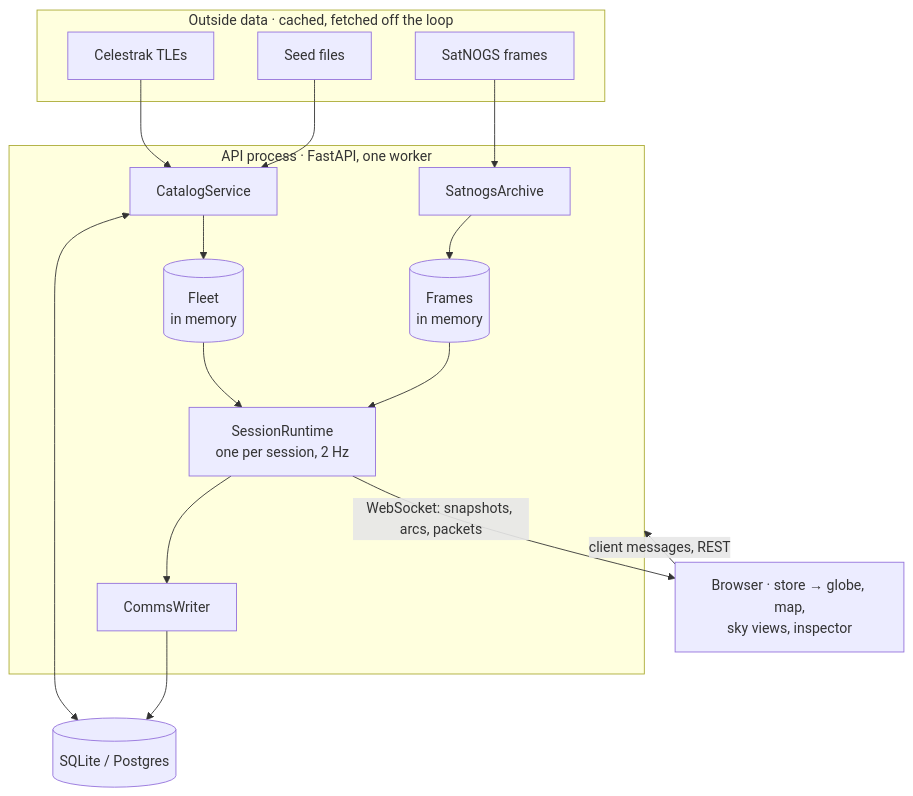
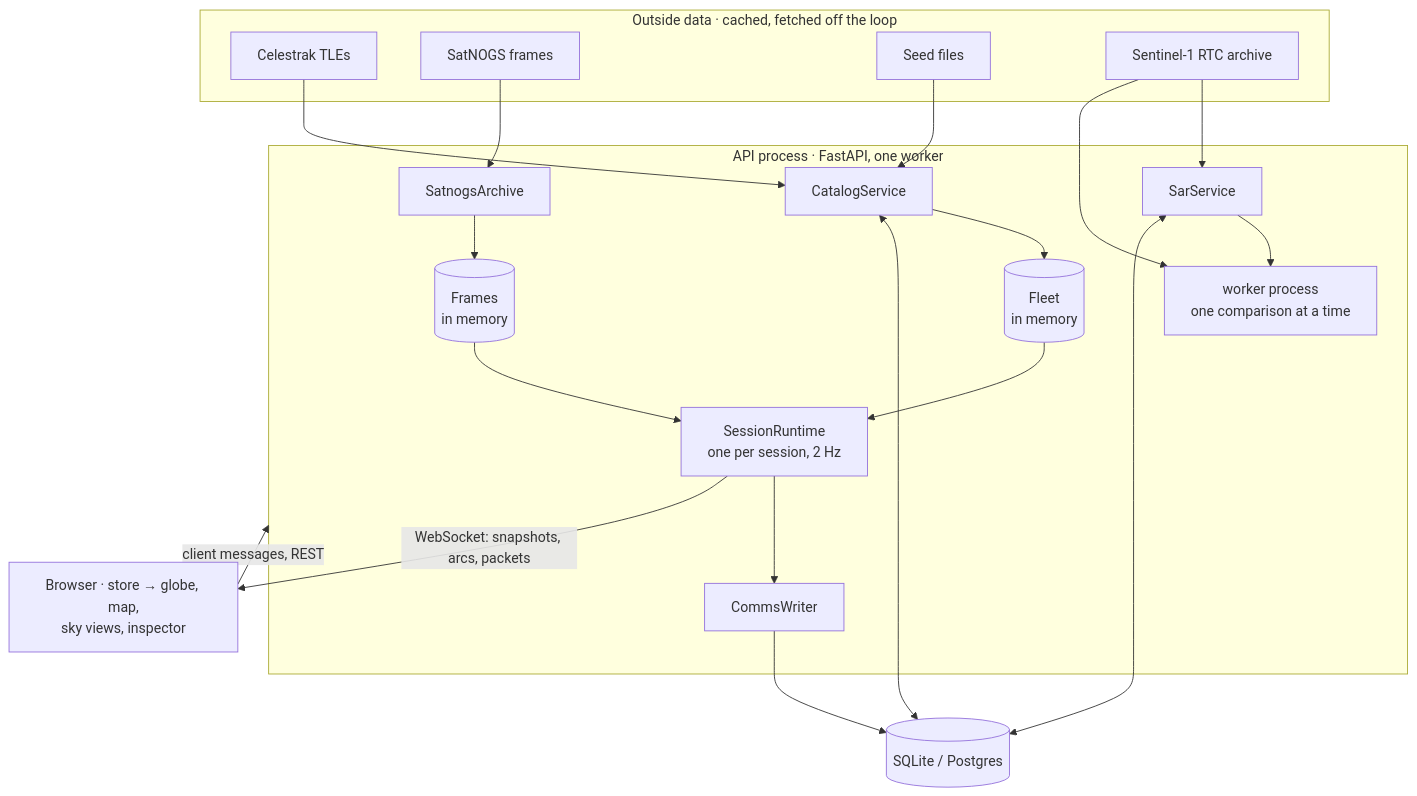
The diagram in docs/architecture/overview.md (darshit7/satlab), drawn with Mermaid before and after one commit. The commit also changed other lines of this file and 46 other files, not shown here.

Commit message:
feat: added SAR archive explorer support for sentinel-1 RTC

````diff
--- a/docs/architecture/overview.md
+++ b/docs/architecture/overview.md
@@ -10,24 +11,29 @@
 ```{mermaid}
 flowchart TB
   subgraph ext["Outside data · cached, fetched off the loop"]
     CT[Celestrak TLEs]
     SN[SatNOGS frames]
     SD[Seed files]
+    PC[Sentinel-1 RTC archive]
   end
   subgraph api["API process · FastAPI, one worker"]
     CS[CatalogService] --> FL[(Fleet<br/>in memory)]
     SA[SatnogsArchive] --> AR[(Frames<br/>in memory)]
     FL --> RT[SessionRuntime<br/>one per session, 2 Hz]
     AR --> RT
     RT --> CW[CommsWriter]
+    SR[SarService] --> WK[worker process<br/>one comparison at a time]
   end
   DB[(SQLite / Postgres)]
   B["Browser · store → globe, map,<br/>sky views, inspector"]
   CT --> CS
   SD --> CS
   SN --> SA
   CS <--> DB
   CW --> DB
+  PC --> SR
+  PC --> WK
+  SR <--> DB
   RT -- "WebSocket: snapshots, arcs, packets" --> B
   B -- "client messages, REST" --> api
 ```
````
